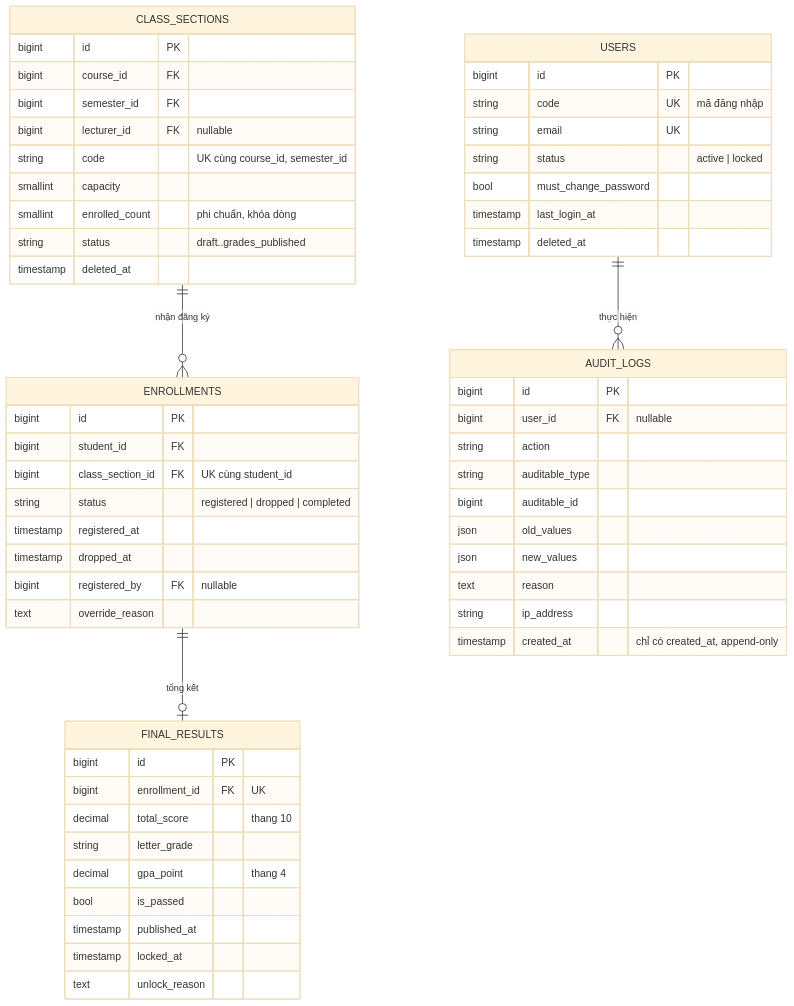
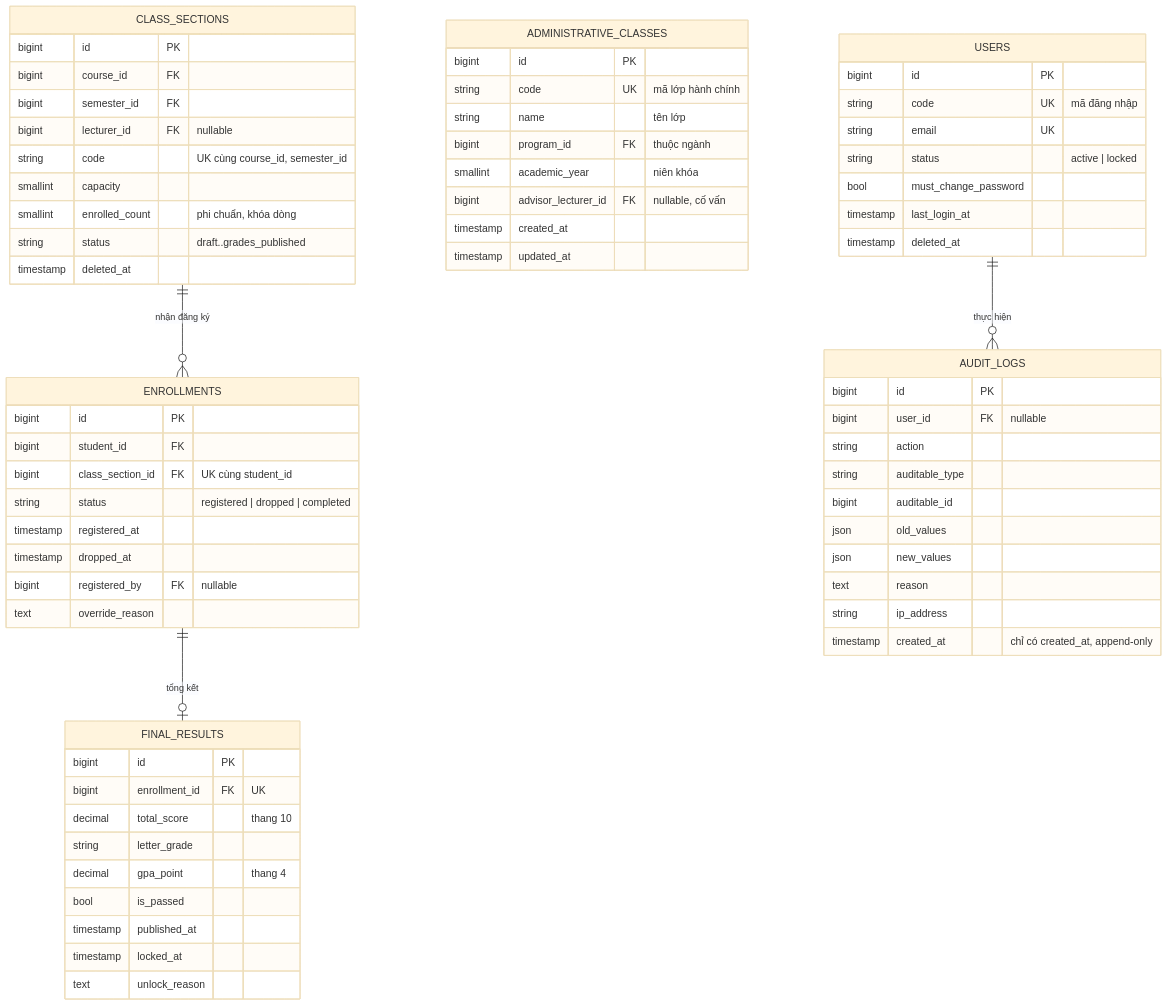
The second of 2 diagrams in docs/02-erd/erd.md (LeGiaLam-gif/School_Management_System), drawn with Mermaid (base theme) before and after one commit. The commit also changed other lines of this file and 1 other file, not shown here.

Commit message:
feat(models): add advisedClasses relationship to Lecturer and update ERD docs

````diff
--- a/docs/02-erd/erd.md
+++ b/docs/02-erd/erd.md
@@ -51,59 +54,69 @@
 ```mermaid
 erDiagram
     USERS {
         bigint id PK
         string code UK "mã đăng nhập"
         string email UK
         string status "active | locked"
         bool must_change_password
         timestamp last_login_at
         timestamp deleted_at
+    }
+    ADMINISTRATIVE_CLASSES {
+        bigint id PK
+        string code UK "mã lớp hành chính"
+        string name "tên lớp"
+        bigint program_id FK "thuộc ngành"
+        smallint academic_year "niên khóa"
+        bigint advisor_lecturer_id FK "nullable, cố vấn"
+        timestamp created_at
+        timestamp updated_at
     }
     CLASS_SECTIONS {
         bigint id PK
         bigint course_id FK
         bigint semester_id FK
         bigint lecturer_id FK "nullable"
         string code "UK cùng course_id, semester_id"
         smallint capacity
         smallint enrolled_count "phi chuẩn, khóa dòng"
         string status "draft..grades_published"
         timestamp deleted_at
     }
     ENROLLMENTS {
         bigint id PK
         bigint student_id FK
         bigint class_section_id FK "UK cùng student_id"
         string status "registered | dropped | completed"
         timestamp registered_at
         timestamp dropped_at
         bigint registered_by FK "nullable"
         text override_reason
     }
     FINAL_RESULTS {
         bigint id PK
         bigint enrollment_id FK "UK"
         decimal total_score "thang 10"
         string letter_grade
         decimal gpa_point "thang 4"
         bool is_passed
         timestamp published_at
         timestamp locked_at
         text unlock_reason
     }
     AUDIT_LOGS {
         bigint id PK
         bigint user_id FK "nullable"
         string action
         string auditable_type
         bigint auditable_id
         json old_values
         json new_values
         text reason
         string ip_address
         timestamp created_at "chỉ có created_at, append-only"
     }
     CLASS_SECTIONS ||--o{ ENROLLMENTS : "nhận đăng ký"
     ENROLLMENTS ||--o| FINAL_RESULTS : "tổng kết"
     USERS ||--o{ AUDIT_LOGS : "thực hiện"
 ```
````
